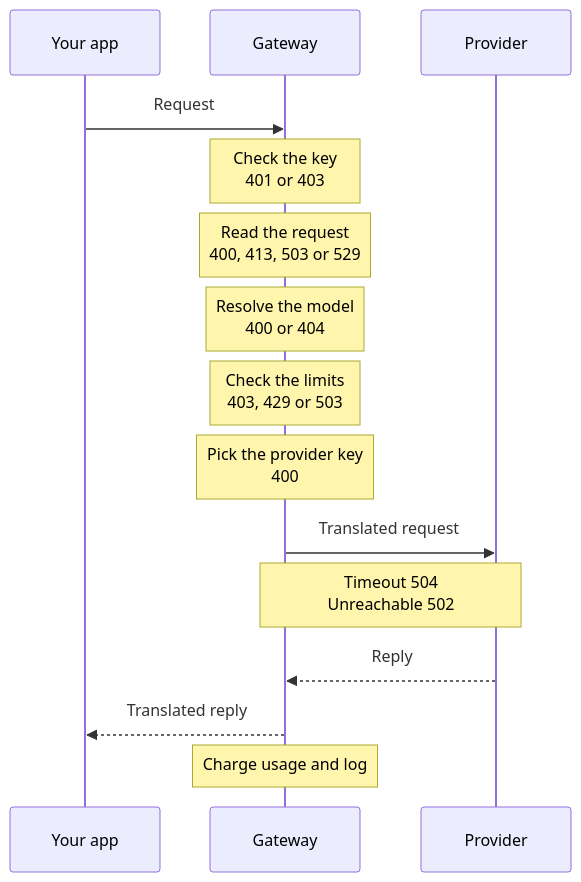
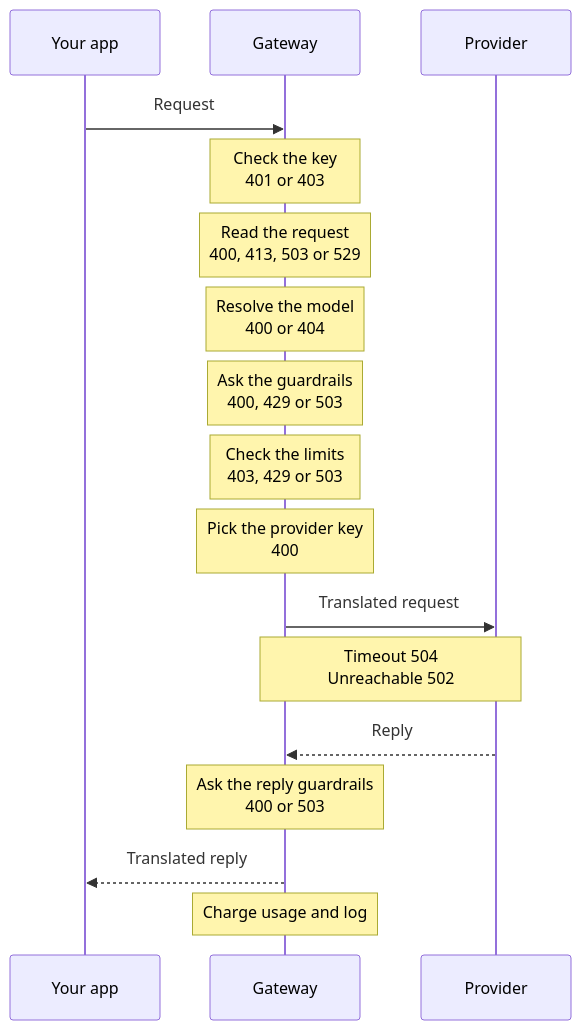
One commit to logicplanes/kaeso changed the diagram in apps/docs/content/en/concepts/request-flow.md. Above: the diagram before and after it, drawn with Mermaid. The commit also changed other lines of this file and 148 other files, not shown here.

First line of the commit message:
Organizations check model requests and replies with guardrail services of their own (#1238)

````diff
--- a/apps/docs/content/en/concepts/request-flow.md
+++ b/apps/docs/content/en/concepts/request-flow.md
@@ -9,19 +9,21 @@
 ```mermaid
 sequenceDiagram
   accTitle: Request flow
-  accDescr: The app sends a request to the gateway. The gateway checks the key, reads the request, resolves the model, checks the limits and picks the provider key, and each check can refuse the request with the statuses shown. It sends the translated request to the provider, returns the translated reply to the app, and then charges usage and logs the request.
+  accDescr: The app sends a request to the gateway. The gateway checks the key, reads the request, resolves the model, asks the project's guardrails, checks the limits and picks the provider key, and each check can refuse the request with the statuses shown. It sends the translated request to the provider, asks the guardrails that check replies, returns the translated reply to the app, and then charges usage and logs the request.
   participant App as Your app
   participant Gateway
   participant Provider
   App->>Gateway: Request
   Note over Gateway: Check the key<br>401 or 403
   Note over Gateway: Read the request<br>400, 413, 503 or 529
   Note over Gateway: Resolve the model<br>400 or 404
+  Note over Gateway: Ask the guardrails<br>400, 429 or 503
   Note over Gateway: Check the limits<br>403, 429 or 503
   Note over Gateway: Pick the provider key<br>400
   Gateway->>Provider: Translated request
   Note over Gateway,Provider: Timeout 504<br>Unreachable 502
   Provider-->>Gateway: Reply
+  Note over Gateway: Ask the reply guardrails<br>400 or 503
   Gateway-->>App: Translated reply
   Note over Gateway: Charge usage and log
 ```
````
